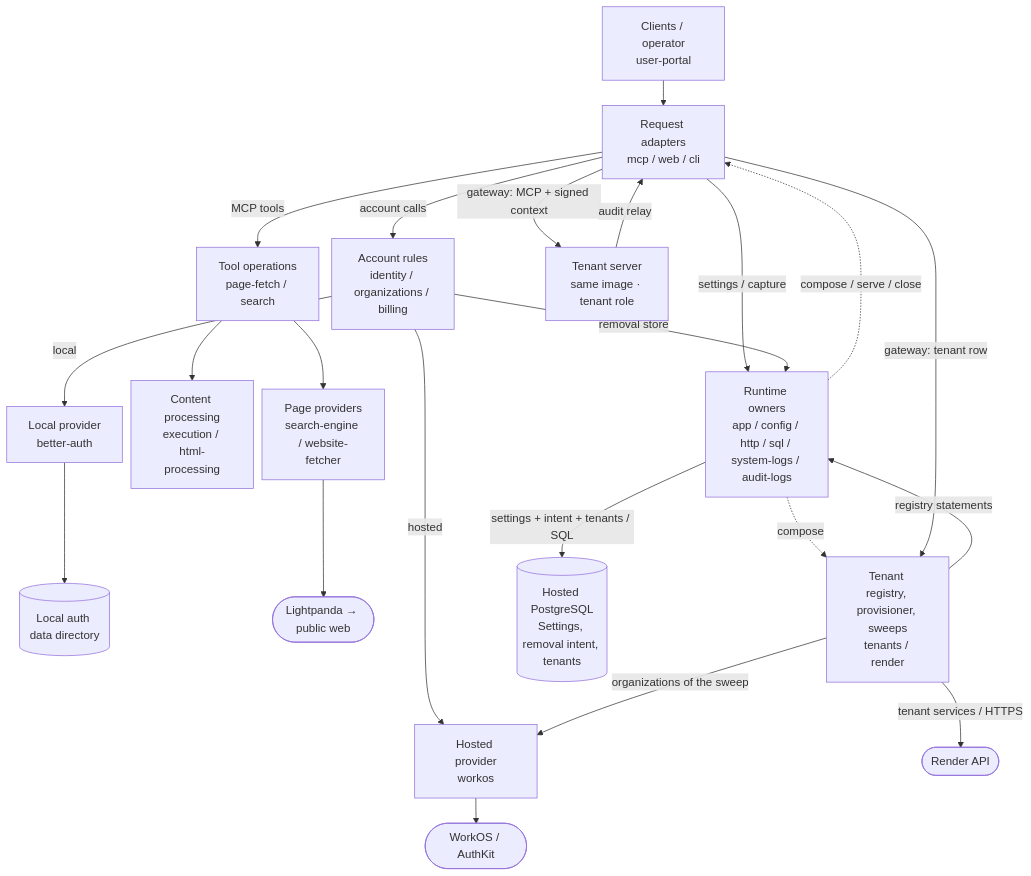
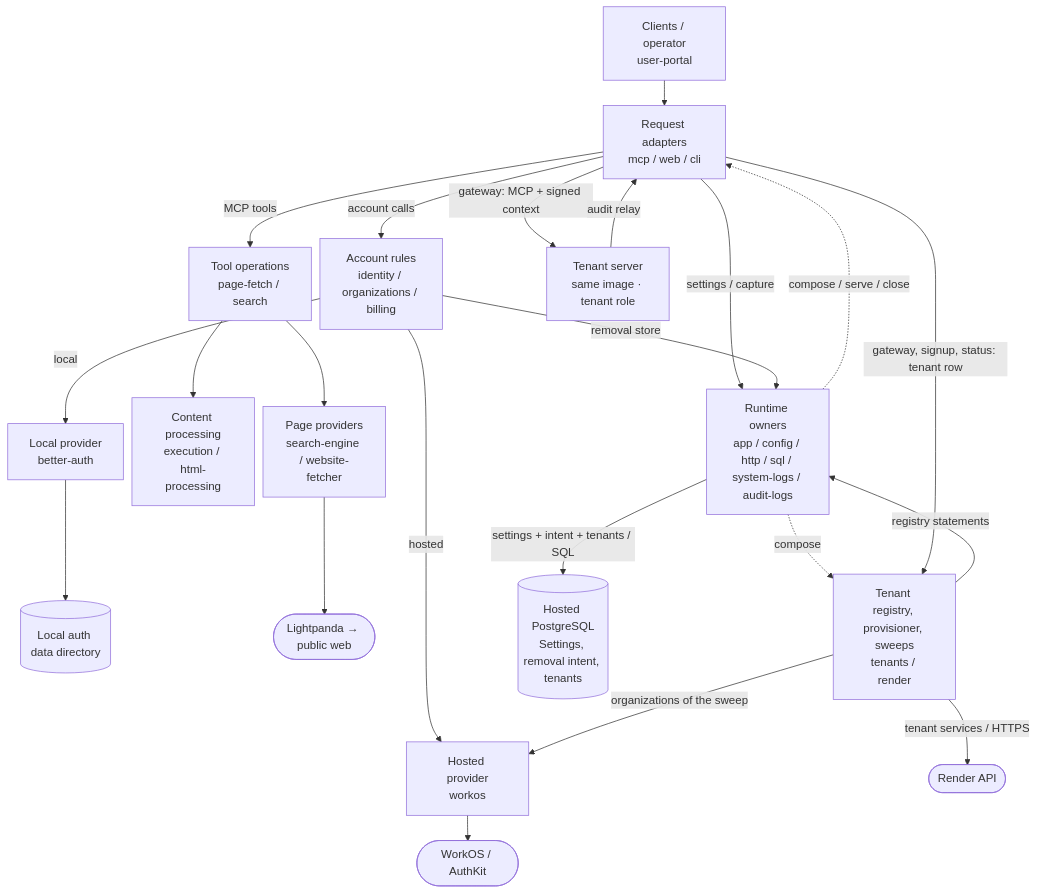
Diagram 13 of 22 in architecture/components.md (tomer-mayara/Thermus), drawn with Mermaid before and after one commit. The commit also changed other lines of this file and 44 other files, not shown here.

First line of the commit message:
Request the tenant after signup and show the workspace setup state in the portal (SO-07) (#293)

````diff
--- a/architecture/components.md
+++ b/architecture/components.md
@@ -1130,41 +1140,41 @@
 ```mermaid
 %%{init: {"flowchart": {"wrappingWidth": 110, "nodeSpacing": 12, "rankSpacing": 35}}}%%
 flowchart TB
   clients["Clients / operator<br/>user-portal"]
   interfaces["Request adapters<br/>mcp / web / cli"]
   accounts["Account rules<br/>identity / organizations / billing"]
   hosted["Hosted provider<br/>workos"]
   local["Local provider<br/>better-auth"]
   workos_service(["WorkOS / AuthKit"])
   local_data[("Local auth data directory")]
   tools["Tool operations<br/>page-fetch / search"]
   processing["Content processing<br/>execution / html-processing"]
   fetching["Page providers<br/>search-engine / website-fetcher"]
   external_web(["Lightpanda → public web"])
   runtime["Runtime owners<br/>app / config / http / sql / system-logs / audit-logs"]
   tenancy["Tenant registry, provisioner, sweeps<br/>tenants / render"]
   tenant_server["Tenant server<br/>same image · tenant role"]
   settings_data[("Hosted PostgreSQL<br/>Settings, removal intent, tenants")]
   render_service(["Render API"])
   clients --> interfaces
   interfaces -->|MCP tools| tools
   interfaces -->|account calls| accounts
   accounts -->|hosted| hosted
   accounts -->|local| local
   hosted --> workos_service
   local --> local_data
   tools --> processing
   tools --> fetching
   fetching --> external_web
   runtime -.->|compose / serve / close| interfaces
   interfaces -->|settings / capture| runtime
   accounts -->|removal store| runtime
   runtime -.->|compose| tenancy
   tenancy -->|registry statements| runtime
-  interfaces -->|gateway: tenant row| tenancy
+  interfaces -->|gateway, signup, status: tenant row| tenancy
   interfaces -->|gateway: MCP + signed context| tenant_server
   tenant_server -->|audit relay| interfaces
   runtime -->|settings + intent + tenants / SQL| settings_data
   tenancy -->|tenant services / HTTPS| render_service
   tenancy -->|organizations of the sweep| hosted
 ```
````
